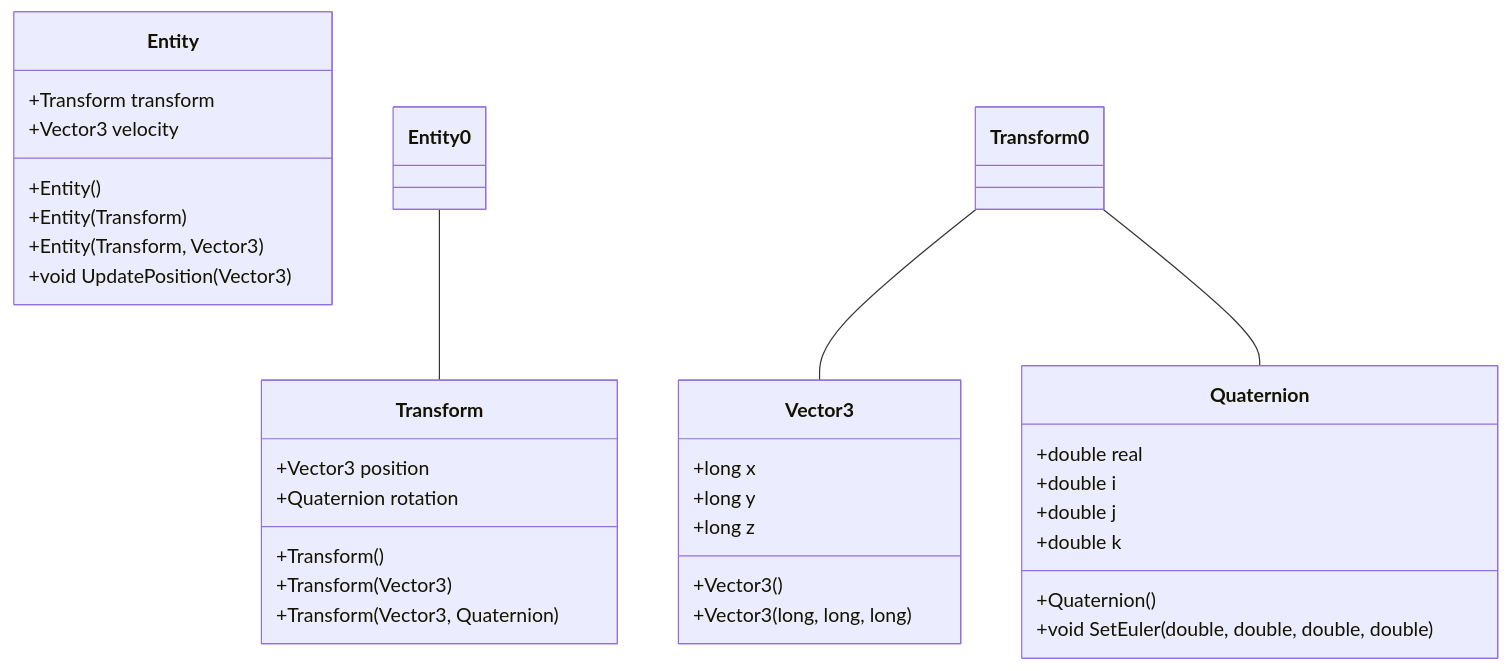
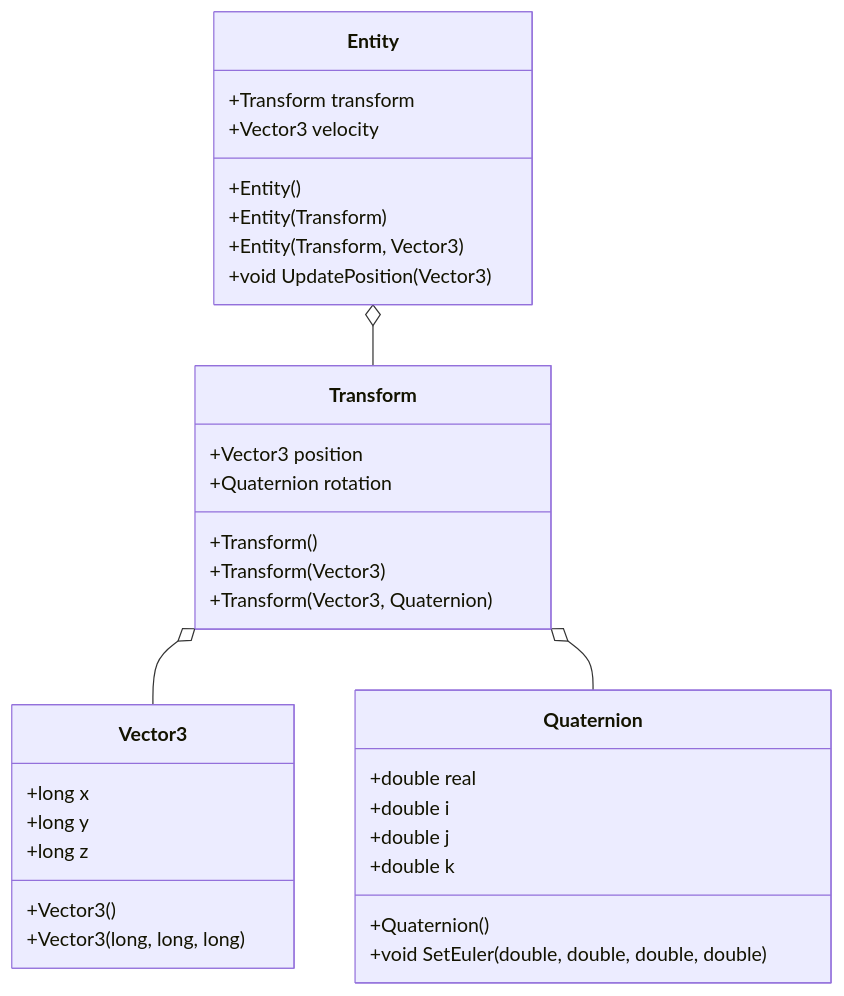
One commit to RockingCone/Rigidbody-Physics-Simulator changed the diagram in README.md. Above: the diagram before and after it, drawn with Mermaid.

Commit message:
Fonts should make o vs 0 clearer

````diff
--- a/README.md
+++ b/README.md
@@ -11,46 +11,46 @@
 ```mermaid
 classDiagram
 
 class Entity {
     +Transform transform
     +Vector3 velocity
 
     +Entity()
     +Entity(Transform)
     +Entity(Transform, Vector3)
 
     +void UpdatePosition(Vector3)
 }
 
 class Transform {
     +Vector3 position
     +Quaternion rotation
 
     +Transform()
     +Transform(Vector3)
     +Transform(Vector3, Quaternion)
 }
 
 class Vector3 {
     +long x
     +long y
     +long z
 
     +Vector3()
     +Vector3(long, long, long)
 }
 
 class Quaternion {
     +double real
     +double i
     +double j
     +double k
 
     +Quaternion()
     +void SetEuler(double, double, double, double)
 }
 
-Entity 0-- Transform
-Transform 0-- Vector3
-Transform 0-- Quaternion
+Entity o-- Transform
+Transform o-- Vector3
+Transform o-- Quaternion
 ```
````
